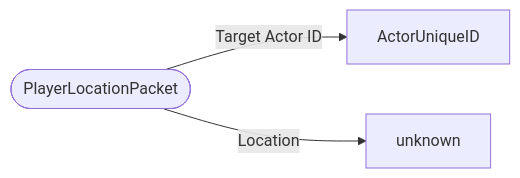
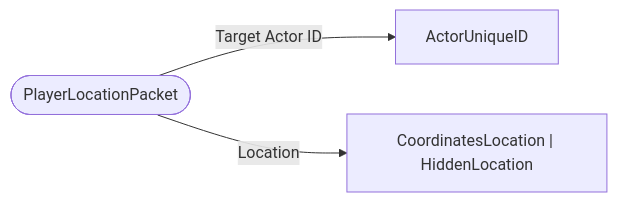
One commit to bedrock-v/protocol-docs changed the diagram in schemas/packets/PlayerLocationPacket.md. Above: the diagram before and after it, drawn with Mermaid. The commit also changed 114 other files, not shown here.

````diff
--- a/schemas/packets/PlayerLocationPacket.md
+++ b/schemas/packets/PlayerLocationPacket.md
@@ -7,6 +7,6 @@
 ```mermaid
 flowchart LR
   ROOT(["PlayerLocationPacket"])
   ROOT -->|"Target Actor ID"| ActorUniqueID["ActorUniqueID"]
-  ROOT -->|"Location"| unknown["unknown"]
+  ROOT -->|"Location"| CoordinatesLocation___HiddenLocation["CoordinatesLocation | HiddenLocation"]
 ```
````
